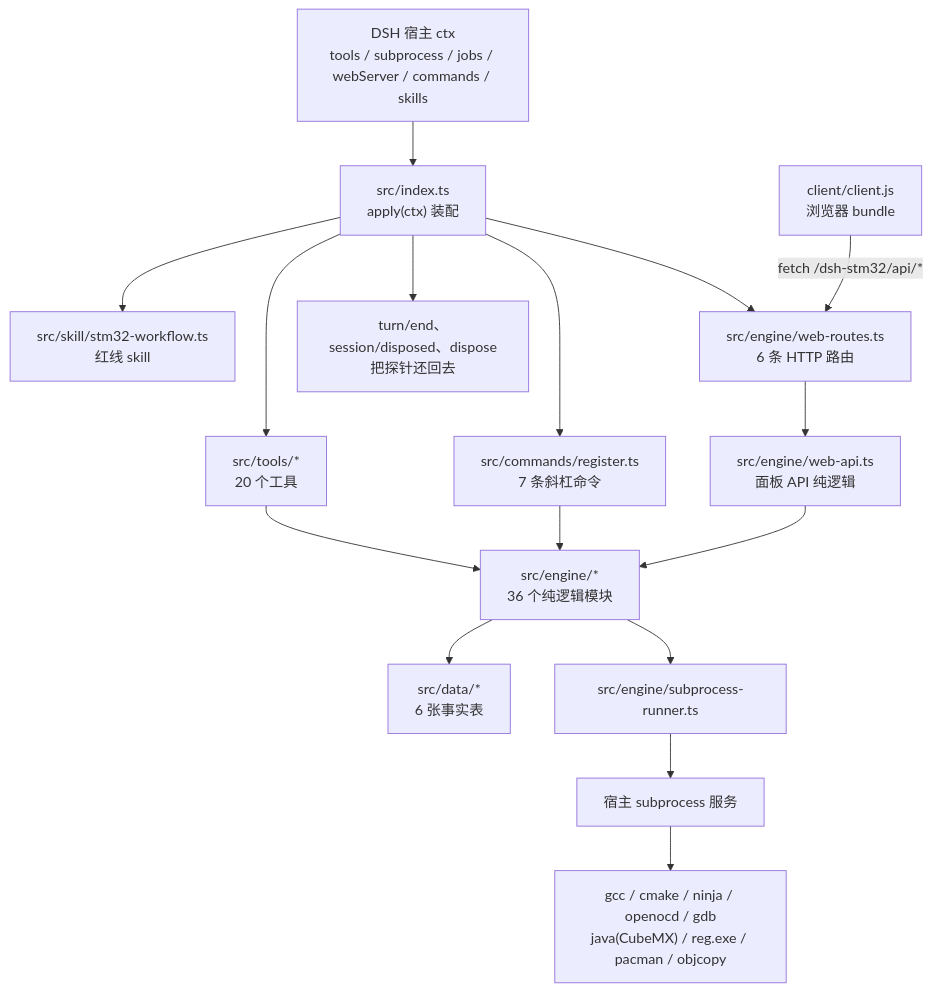
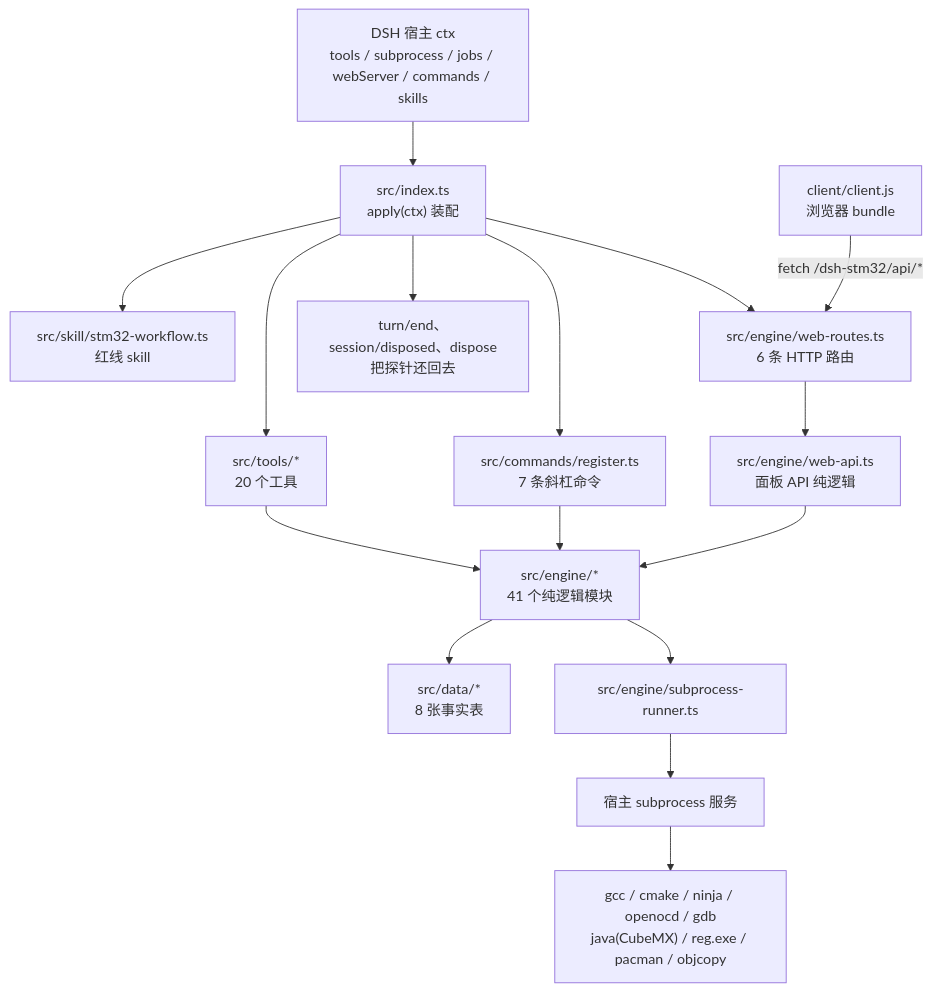
The first of 15 diagrams in docs/reading-guide.md (JingYu-er/dsh-stm32), drawn with Mermaid before and after one commit. The commit also changed other lines of this file and 48 other files, not shown here.

````diff
--- a/docs/reading-guide.md
+++ b/docs/reading-guide.md
@@ -44,18 +44,18 @@
 ```mermaid
 flowchart TD
   HOST["DSH 宿主 ctx<br/>tools / subprocess / jobs / webServer / commands / skills"] --> IDX["src/index.ts<br/>apply(ctx) 装配"]
   IDX --> TOOLS["src/tools/*<br/>20 个工具"]
   IDX --> CMDS["src/commands/register.ts<br/>7 条斜杠命令"]
   IDX --> SKILL["src/skill/stm32-workflow.ts<br/>红线 skill"]
   IDX --> WEB["src/engine/web-routes.ts<br/>6 条 HTTP 路由"]
   IDX --> EVT["turn/end、session/disposed、dispose<br/>把探针还回去"]
-  TOOLS --> ENGINE["src/engine/*<br/>36 个纯逻辑模块"]
+  TOOLS --> ENGINE["src/engine/*<br/>41 个纯逻辑模块"]
   CMDS --> ENGINE
   WEB --> API["src/engine/web-api.ts<br/>面板 API 纯逻辑"]
   API --> ENGINE
-  ENGINE --> DATA["src/data/*<br/>6 张事实表"]
+  ENGINE --> DATA["src/data/*<br/>8 张事实表"]
   ENGINE --> RUN["src/engine/subprocess-runner.ts"]
   RUN --> OS["宿主 subprocess 服务"]
   OS --> BIN["gcc / cmake / ninja / openocd / gdb<br/>java(CubeMX) / reg.exe / pacman / objcopy"]
   CLIENT["client/client.js<br/>浏览器 bundle"] -->|"fetch /dsh-stm32/api/*"| WEB
 ```
````
